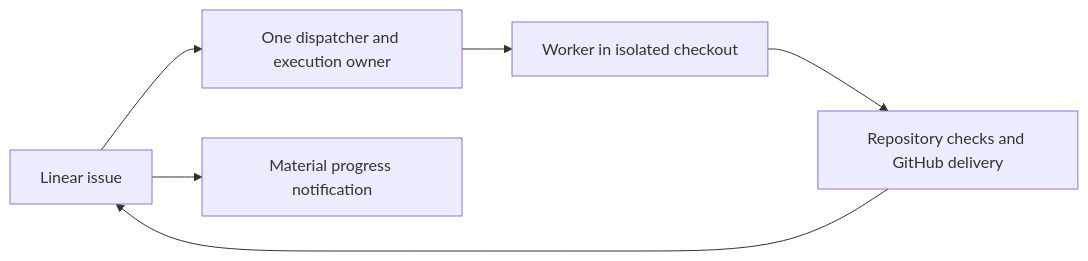
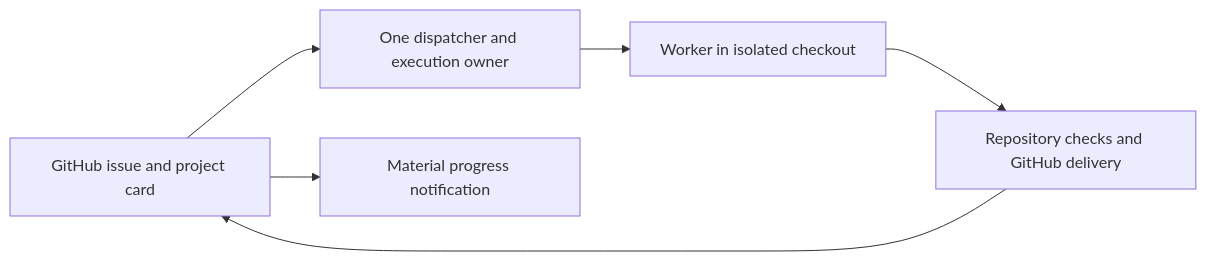
One commit to dgmolla/fitsy changed the diagram in docs/engineering/devops/task-management.md. Above: the diagram before and after it, drawn with Mermaid. The commit also changed other lines of this file and 1 other file, not shown here.

Commit message:
Use GitHub Project as Fitsy delivery queue

````diff
--- a/docs/engineering/devops/task-management.md
+++ b/docs/engineering/devops/task-management.md
@@ -20,8 +20,8 @@
 ```mermaid
 flowchart LR
-  L[Linear issue] --> C[One dispatcher and execution owner]
+  L[GitHub issue and project card] --> C[One dispatcher and execution owner]
   C --> W[Worker in isolated checkout]
   W --> G[Repository checks and GitHub delivery]
   G --> L
   L --> S[Material progress notification]
 ```
````
